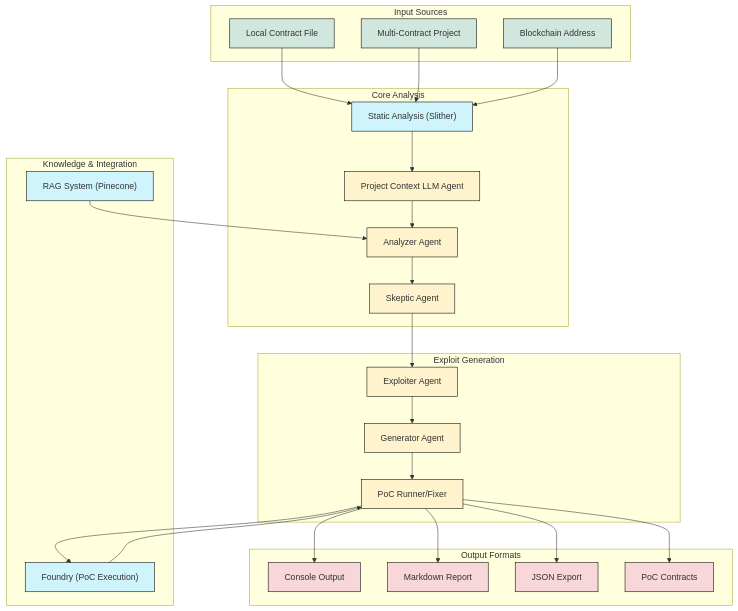
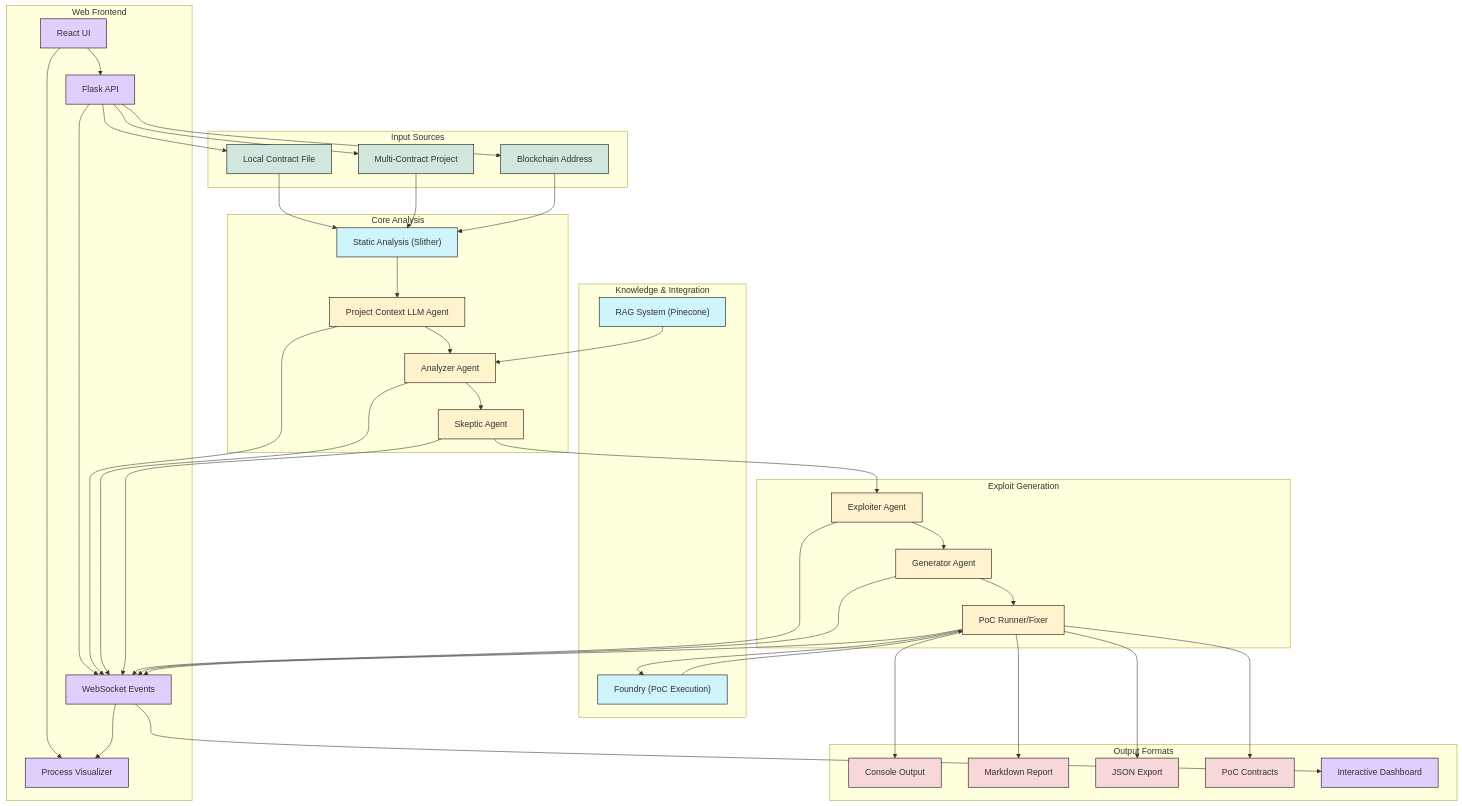
Before and after one commit to videv93/fyp-fr: the diagram in Handover.md, drawn with Mermaid. The commit also changed other lines of this file, not shown here.

````diff
--- a/Handover.md
+++ b/Handover.md
@@ -63,16 +65,25 @@
         foundry["Foundry (PoC Execution)"]
     end
 
+    subgraph "Web Frontend"
+        ui["React UI"]
+        api["Flask API"]
+        socket["WebSocket Events"]
+        visualizer["Process Visualizer"]
+    end
+
     subgraph "Output Formats"
         console["Console Output"]
         md["Markdown Report"]
         json["JSON Export"]
         pocs["PoC Contracts"]
+        dashboard["Interactive Dashboard"]
     end
 
     local --> static
     multi --> static
     blockchain --> static
+    ui --> api
 
     static --> context
     context --> analyzer
@@ -84,18 +95,37 @@
     runner --> foundry
     foundry --> runner
 
+    ui --> visualizer
+    api --> socket
+    socket --> visualizer
+
     runner --> console
     runner --> md
     runner --> json
     runner --> pocs
+    
+    api --> local
+    api --> multi
+    api --> blockchain
+    
+    context --> socket
+    analyzer --> socket
+    skeptic --> socket
+    exploiter --> socket
+    generator --> socket
+    runner --> socket
+    
+    socket --> dashboard
 
     classDef primary fill:#d1e7dd,stroke:#000
     classDef secondary fill:#cff4fc,stroke:#000
     classDef agent fill:#fff3cd,stroke:#000
     classDef output fill:#f8d7da,stroke:#000
+    classDef frontend fill:#e0cffc,stroke:#000
 
     class local,multi,blockchain primary
     class static,rag,foundry secondary
     class context,analyzer,skeptic,exploiter,generator,runner agent
     class console,md,json,pocs output
+    class ui,api,socket,visualizer,dashboard frontend
 ```
````
